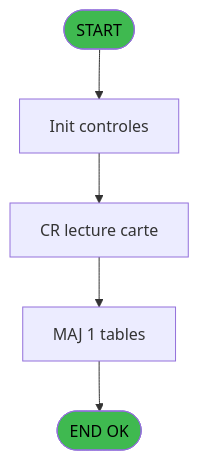
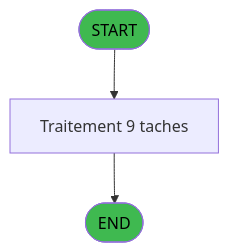
One commit to thonyAGP/magic-migration changed the second of 4 diagrams in .openspec/specs/ADH-IDE-77.md. Above: the diagram before and after it, drawn with Mermaid. The commit also changed other lines of this file and 311 other files, not shown here.

````diff
--- a/.openspec/specs/ADH-IDE-77.md
+++ b/.openspec/specs/ADH-IDE-77.md
@@ -1593,14 +1593,9 @@
 ```mermaid
 flowchart TD
     START([START])
-    INIT[Init controles]
-    SAISIE[CR lecture carte]
-    UPDATE[MAJ 1 tables]
-    ENDOK([END OK])
-
-    START --> INIT --> SAISIE
-    SAISIE --> UPDATE --> ENDOK
-
+    PROCESS[Traitement 9 taches]
+    ENDOK([END])
+    START --> PROCESS --> ENDOK
     style START fill:#3fb950,color:#000
     style ENDOK fill:#3fb950,color:#000
 ```
````
